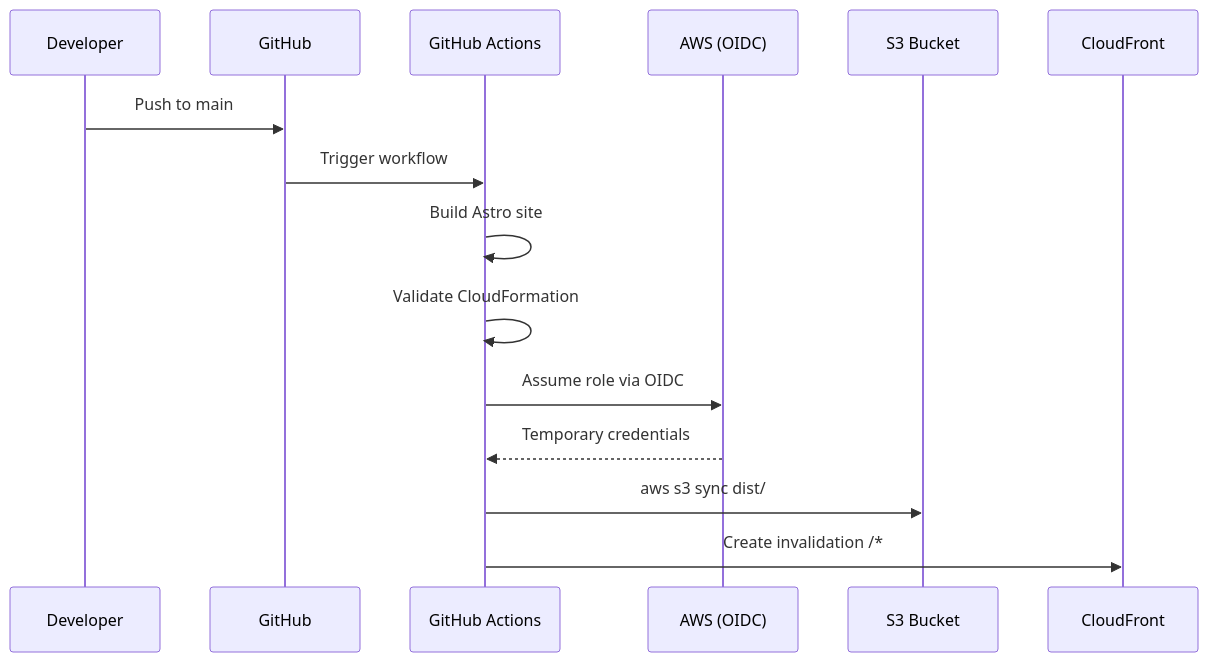
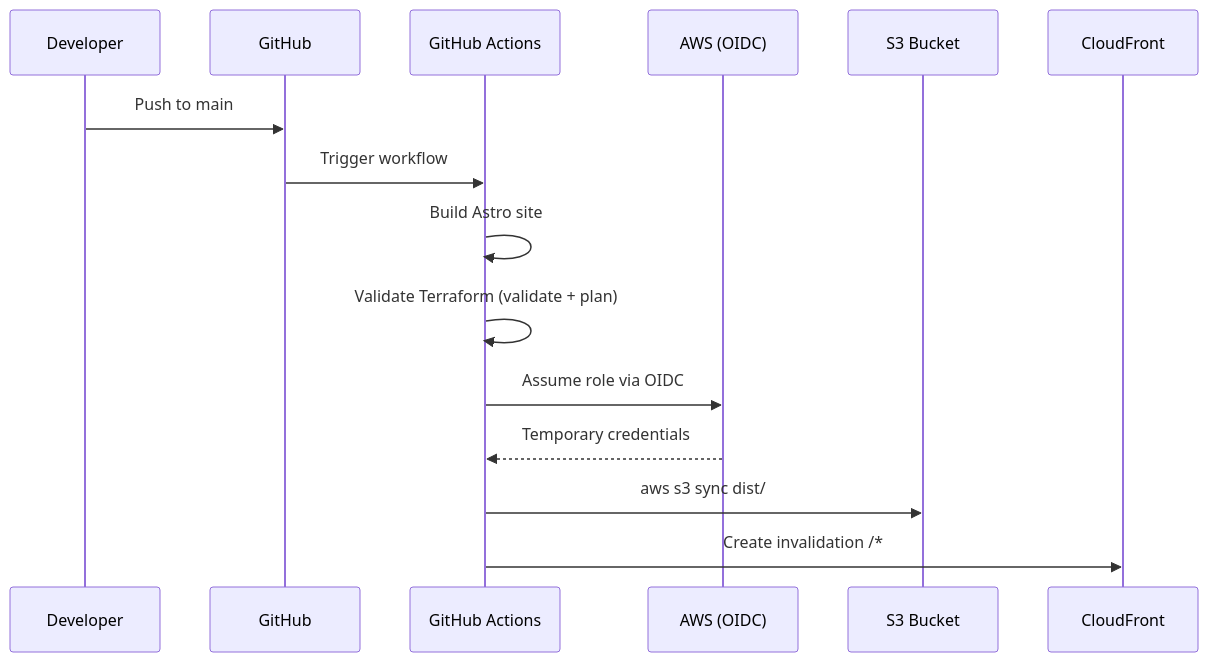
Before and after one commit to JacobSteelsmith/resume: the second of 2 diagrams in .kiro/specs/resume-site-iac/design.md, drawn with Mermaid. The commit also changed other lines of this file and 37 other files, not shown here.

````diff
--- a/.kiro/specs/resume-site-iac/design.md
+++ b/.kiro/specs/resume-site-iac/design.md
@@ -86,18 +83,18 @@
 ```mermaid
 sequenceDiagram
     participant Dev as Developer
     participant GH as GitHub
     participant GHA as GitHub Actions
     participant AWS as AWS (OIDC)
     participant S3 as S3 Bucket
     participant CF as CloudFront
 
     Dev->>GH: Push to main
     GH->>GHA: Trigger workflow
     GHA->>GHA: Build Astro site
-    GHA->>GHA: Validate CloudFormation
+    GHA->>GHA: Validate Terraform (validate + plan)
     GHA->>AWS: Assume role via OIDC
     AWS-->>GHA: Temporary credentials
     GHA->>S3: aws s3 sync dist/
     GHA->>CF: Create invalidation /*
 ```
````
